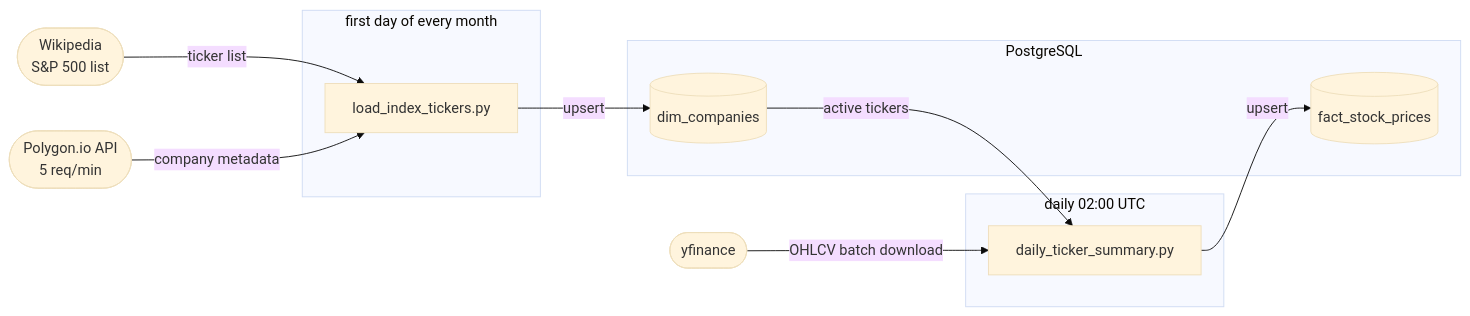
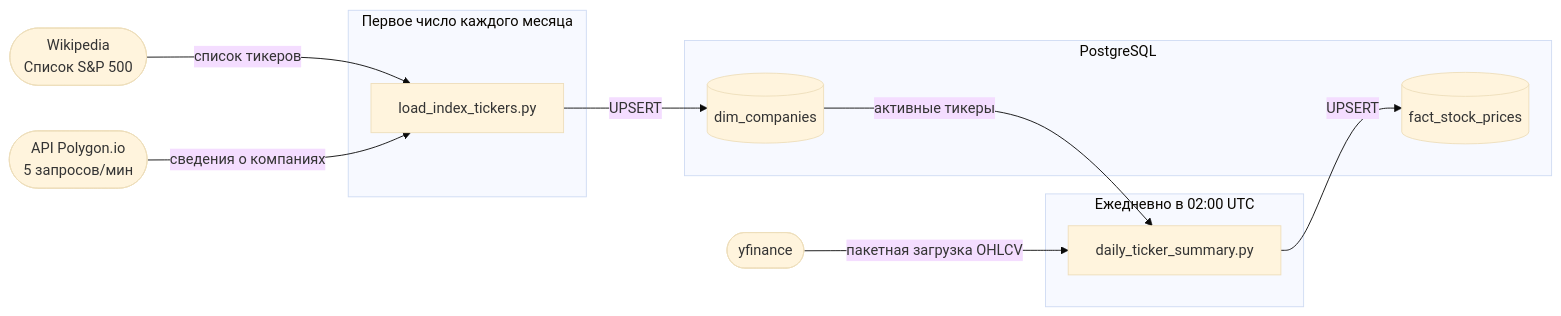
Before and after one commit to AngryHandgrip/market-data-pipeline: the diagram in README.md, drawn with Mermaid (base theme). The commit also changed other lines of this file, not shown here.

````diff
--- a/README.md
+++ b/README.md
@@ -14,26 +14,26 @@
 ```mermaid
 flowchart LR
-    W([Wikipedia<br>S&P 500 list])
-    P([Polygon.io API<br>5 req/min])
+    W([Wikipedia<br>Список S&P 500])
+    P([API Polygon.io<br>5 запросов/мин])
     Y([yfinance])
     
-    subgraph monthly["first day of every month"]
+    subgraph monthly["Первое число каждого месяца"]
         LT[load_index_tickers.py]
     end
 
-    subgraph daily["daily 02:00 UTC"]
+    subgraph daily["Ежедневно в 02:00 UTC"]
         DS[daily_ticker_summary.py]
     end
 
     subgraph db["PostgreSQL"]
         DIM[(dim_companies)]
         FACT[(fact_stock_prices)]
     end
 
-    W -->|ticker list| LT
-    P -->|company metadata| LT
-    LT -->|upsert| DIM
-    DIM -->|active tickers| DS
-    Y -->|OHLCV batch download| DS
-    DS -->|upsert| FACT
+    W -->|список тикеров| LT
+    P -->|сведения о компаниях| LT
+    LT -->|UPSERT| DIM
+    DIM -->|активные тикеры| DS
+    Y -->|пакетная загрузка OHLCV| DS
+    DS -->|UPSERT| FACT
 ```
````
